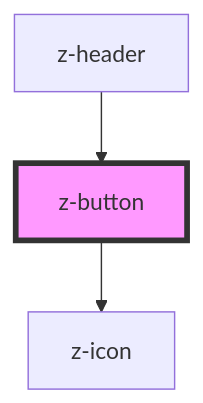
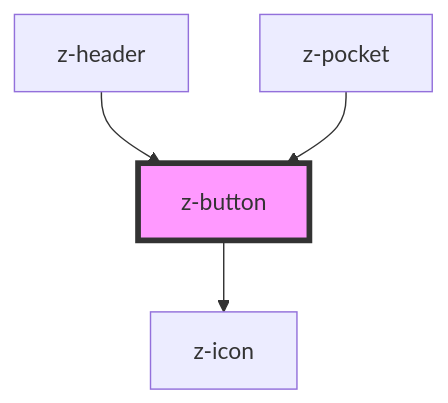
The diagram in src/components/buttons/z-button/readme.md (ZanichelliEditore/design-system), drawn with Mermaid before and after one commit. The commit also changed other lines of this file and 7 other files, not shown here.

````diff
--- a/src/components/buttons/z-button/readme.md
+++ b/src/components/buttons/z-button/readme.md
@@ -55,6 +56,7 @@
 ```mermaid
 graph TD;
   z-button --> z-icon
   z-header --> z-button
+  z-pocket --> z-button
   style z-button fill:#f9f,stroke:#333,stroke-width:4px
 ```
````
